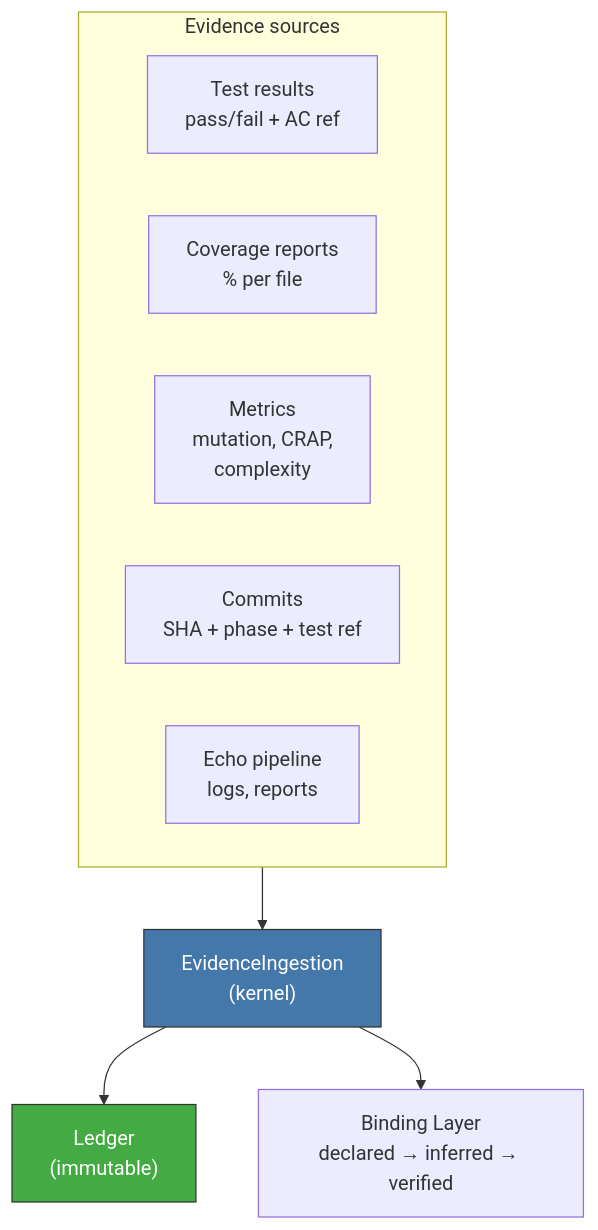
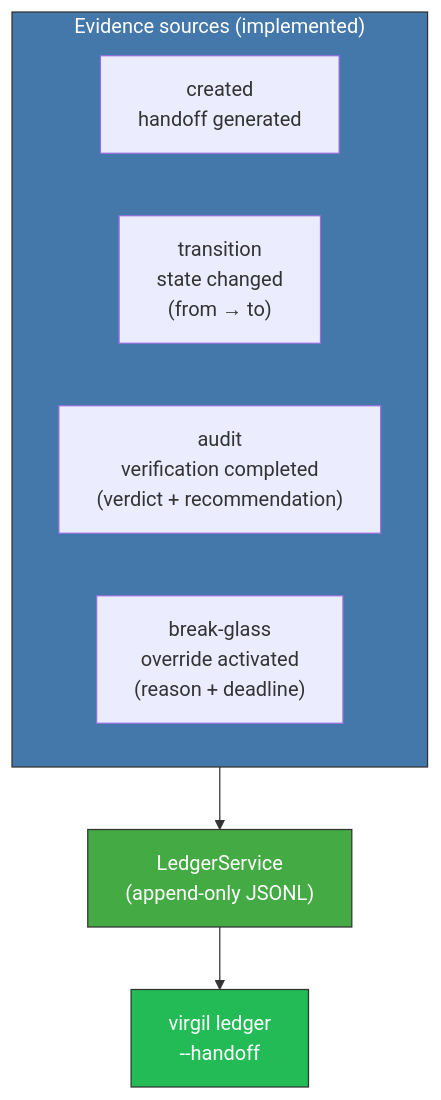
One commit to virgenherrera/virgil changed the diagram in docs/reference/principia/sections/35-evidence-queryable.md. Above: the diagram before and after it, drawn with Mermaid. The commit also changed other lines of this file and 31 other files, not shown here.

````diff
--- a/docs/reference/principia/sections/35-evidence-queryable.md
+++ b/docs/reference/principia/sections/35-evidence-queryable.md
@@ -38,17 +35,16 @@
 ```mermaid
 flowchart TD
-    subgraph FUENTES["Evidence sources"]
-        TESTS["Test results\npass/fail + AC ref"]
-        COV["Coverage reports\n% per file"]
-        METRICS["Metrics\nmutation, CRAP,\ncomplexity"]
-        COMMITS["Commits\nSHA + phase + test ref"]
-        PIPELINE["Echo pipeline\nlogs, reports"]
+    subgraph EVENTS["Evidence sources (implemented)"]
+        CREATED["created\nhandoff generated"]
+        TRANSITION["transition\nstate changed\n(from → to)"]
+        AUDIT["audit\nverification completed\n(verdict + recommendation)"]
+        BREAKGLASS["break-glass\noverride activated\n(reason + deadline)"]
     end
 
-    FUENTES --> INGESTION["EvidenceIngestion\n(kernel)"]
-    INGESTION --> LEDGER["Ledger\n(immutable)"]
-    INGESTION --> BINDING["Binding Layer\ndeclared → inferred → verified"]
+    EVENTS --> LEDGER["LedgerService\n(append-only JSONL)"]
+    LEDGER --> QUERY["virgil ledger\n--handoff <id>"]
 
-    style INGESTION fill:#47a,stroke:#333,color:#fff
+    style EVENTS fill:#47a,stroke:#333,color:#fff
     style LEDGER fill:#4a4,stroke:#333,color:#fff
+    style QUERY fill:#2b5,stroke:#333,color:#fff
 ```
````
